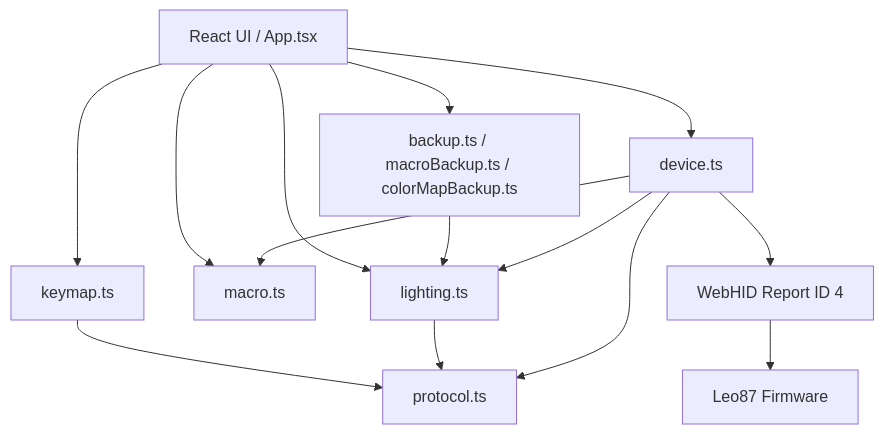
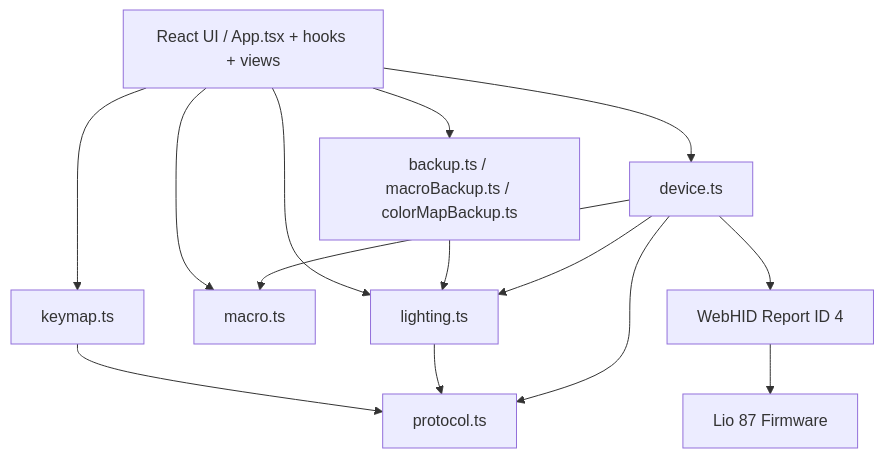
The diagram in docs/ARCHITECTURE.md (cc2562/GeekElite-Lio87-web-driver), drawn with Mermaid before and after one commit. The commit also changed other lines of this file and 48 other files, not shown here.

````diff
--- a/docs/ARCHITECTURE.md
+++ b/docs/ARCHITECTURE.md
@@ -18,26 +18,26 @@
 ```mermaid
 flowchart TD
-    UI[React UI / App.tsx]
+    UI[React UI / App.tsx + hooks + views]
     KM[keymap.ts]
     MP[macro.ts]
     LT[lighting.ts]
     KP[protocol.ts]
     DEV[device.ts]
     BK[backup.ts / macroBackup.ts / colorMapBackup.ts]
     HID[WebHID Report ID 4]
-    KB[Leo87 Firmware]
+    KB[Lio 87 Firmware]
 
     UI --> KM
     UI --> MP
     UI --> LT
     UI --> BK
     UI --> DEV
     KM --> KP
     LT --> KP
     BK --> LT
     DEV --> KP
     DEV --> MP
     DEV --> LT
     DEV --> HID
     HID --> KB
 ```
````
